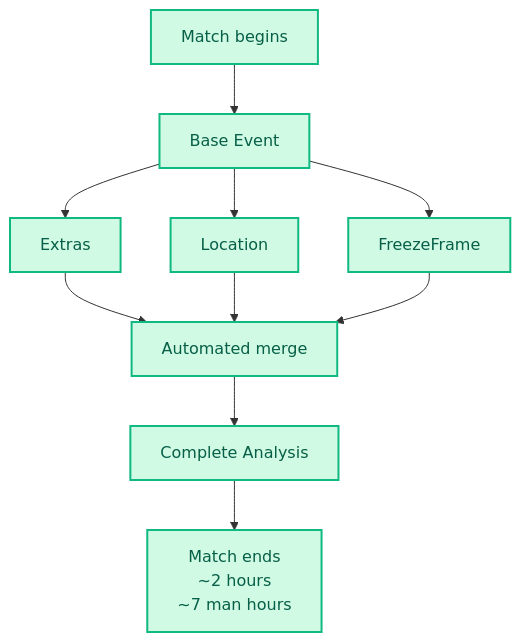
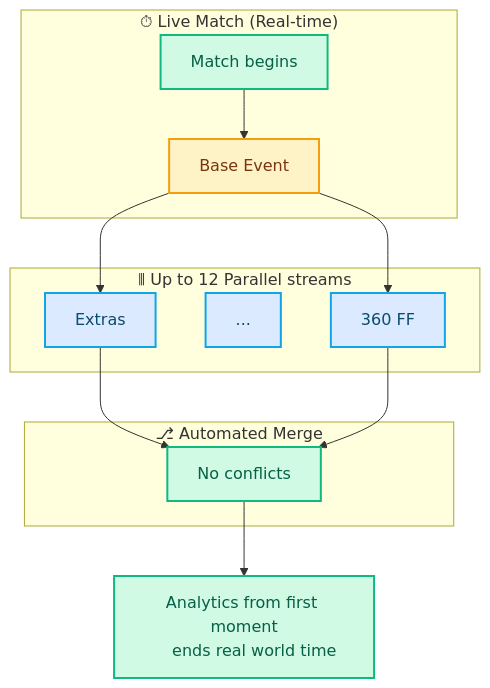
The second of 2 diagrams in src/pages/portfolio/statsbomb.mdx (saadshahd/saadshahd.github.io), drawn with Mermaid before and after one commit. The commit also changed other lines of this file and 1 other file, not shown here.

First line of the commit message:
feat(diagrams): enhance Statsbomb workflow diagrams with temporal grouping

````diff
--- a/src/pages/portfolio/statsbomb.mdx
+++ b/src/pages/portfolio/statsbomb.mdx
@@ -196,16 +217,28 @@
 ```mermaid
 graph TD
-    Start["Match begins"] --> Base["Base Event"]
-    Base --> E1["Extras"]
-    Base --> E2["Location"]
-    Base --> E3["FreezeFrame"]
-    E1 --> M["Automated merge"]
-    E2 --> M
-    E3 --> M
-    M --> N["Complete Analysis"]
-    N --> O["Match ends
-    ~2 hours
-    ~7 man hours"]
-    classDef success fill:#D1FAE5,stroke:#10B981,stroke-width:2px,color:#065F46
-    class Start,Base,E1,E2,E3,M,N,O success
+    subgraph live["⏱ Live Match (Real-time)"]
+        Start["Match begins"] --> Base["Base Event"]
+    end
+
+    subgraph enrich["⫴ Up to 12 Parallel streams"]
+        Base --> E1["Extras"]
+        E2["..."]
+        Base --> E3["360 FF"]
+    end
+
+    subgraph merge["⎇ Automated Merge"]
+        E1 --> M["No conflicts"]
+        E3 --> M
+    end
+
+    M --> Complete["Analytics from first moment
+    ends real world time"]
+
+    classDef atomic fill:#FEF3C7,stroke:#F59E0B,stroke-width:2px,color:#78350F
+    classDef derived fill:#DBEAFE,stroke:#0EA5E9,stroke-width:2px,color:#0C4A6E
+    classDef system fill:#D1FAE5,stroke:#10B981,stroke-width:2px,color:#065F46
+
+    class Base atomic
+    class E1,E2,E3 derived
+    class Start,M,Complete system
 ```
````
